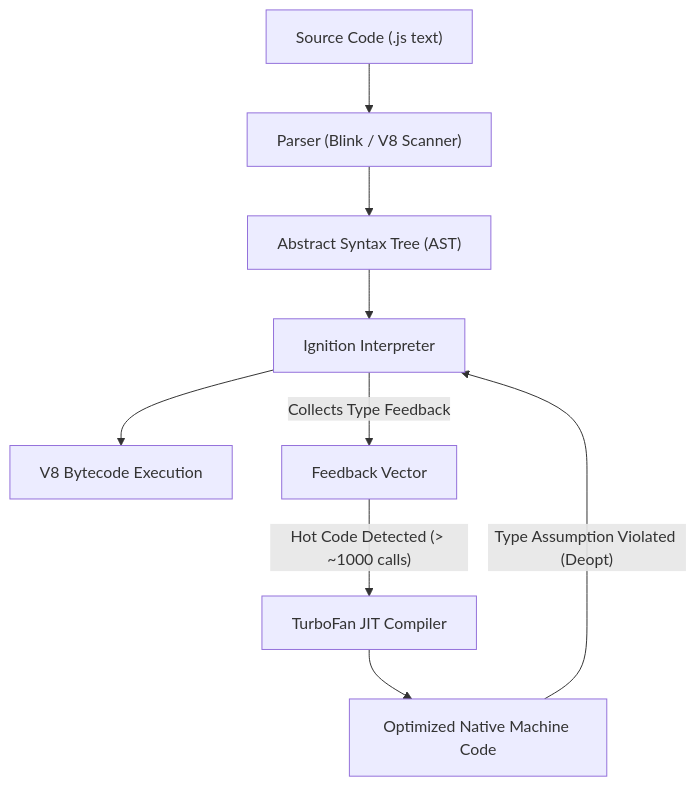
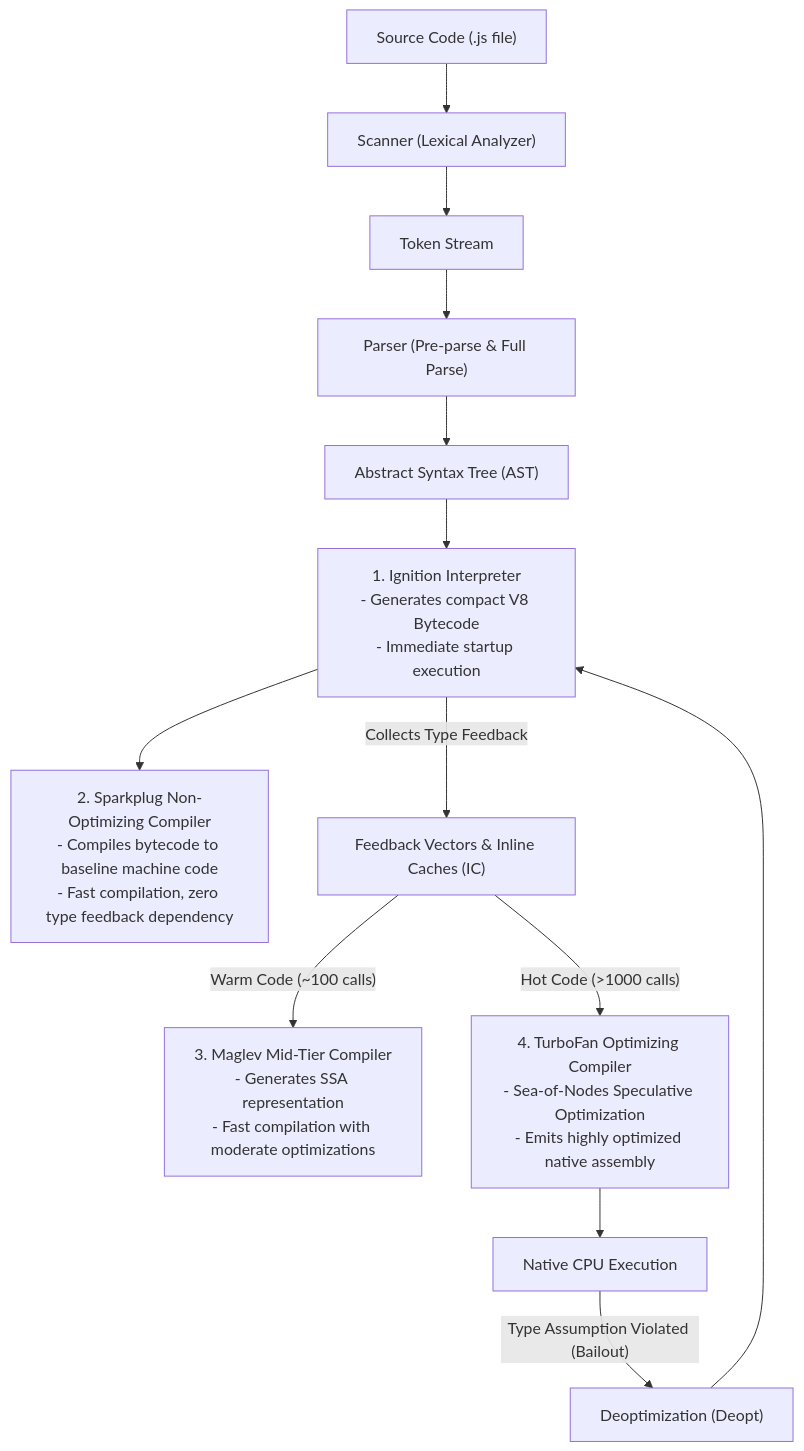
Before and after one commit to Amie-dev/engineering-playbook: the second of 3 diagrams in js-internals/01-js-engine-overview.md, drawn with Mermaid. The commit also changed other lines of this file and 17 other files, not shown here.

````diff
--- a/js-internals/01-js-engine-overview.md
+++ b/js-internals/01-js-engine-overview.md
@@ -37,11 +57,22 @@
 ```mermaid
 flowchart TD
-    Source["Source Code (.js text)"] --> Parser["Parser (Blink / V8 Scanner)"]
+    Source["Source Code (.js file)"] --> Scanner["Scanner (Lexical Analyzer)"]
+    Scanner --> Tokens["Token Stream"]
+    Tokens --> Parser["Parser (Pre-parse & Full Parse)"]
     Parser --> AST["Abstract Syntax Tree (AST)"]
-    AST --> Ignition["Ignition Interpreter"]
-    Ignition --> Bytecode["V8 Bytecode Execution"]
-    Ignition -- "Collects Type Feedback" --> FeedbackVector["Feedback Vector"]
-    FeedbackVector -- "Hot Code Detected (> ~1000 calls)" --> TurboFan["TurboFan JIT Compiler"]
-    TurboFan --> MachineCode["Optimized Native Machine Code"]
-    MachineCode -- "Type Assumption Violated (Deopt)" --> Ignition
+    
+    AST --> Ignition["1. Ignition Interpreter<br/>- Generates compact V8 Bytecode<br/>- Immediate startup execution"]
+    
+    Ignition --> Sparkplug["2. Sparkplug Non-Optimizing Compiler<br/>- Compiles bytecode to baseline machine code<br/>- Fast compilation, zero type feedback dependency"]
+    
+    Ignition -- "Collects Type Feedback" --> FeedbackVector["Feedback Vectors & Inline Caches (IC)"]
+    
+    FeedbackVector -- "Warm Code (~100 calls)" --> Maglev["3. Maglev Mid-Tier Compiler<br/>- Generates SSA representation<br/>- Fast compilation with moderate optimizations"]
+    
+    FeedbackVector -- "Hot Code (>1000 calls)" --> TurboFan["4. TurboFan Optimizing Compiler<br/>- Sea-of-Nodes Speculative Optimization<br/>- Emits highly optimized native assembly"]
+    
+    TurboFan --> CPU["Native CPU Execution"]
+    
+    CPU -- "Type Assumption Violated (Bailout)" --> Deopt["Deoptimization (Deopt)"]
+    Deopt --> Ignition
 ```
````
